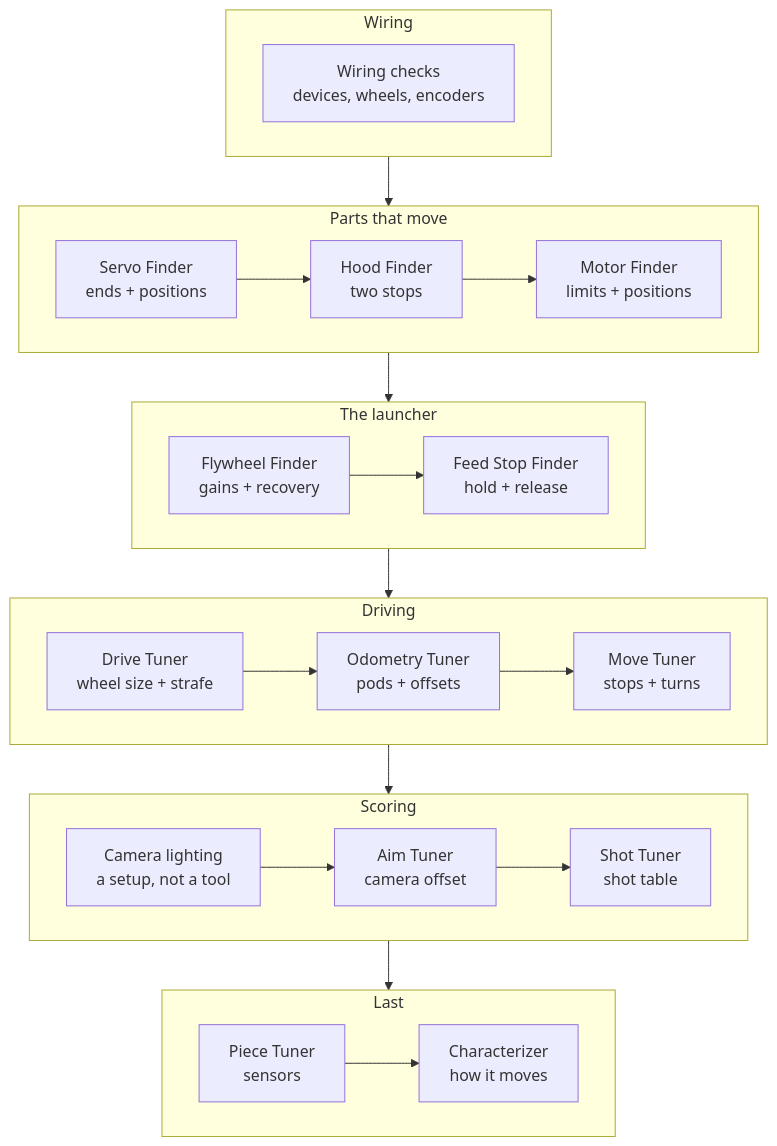
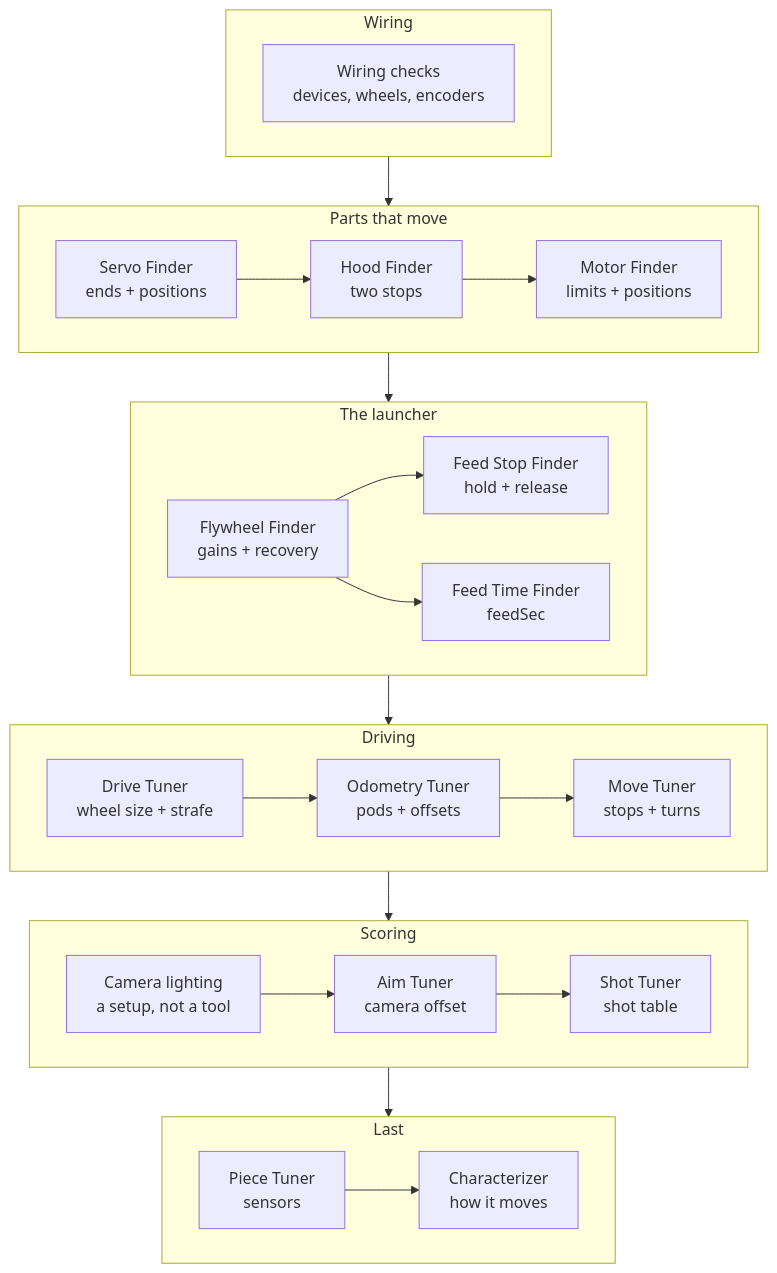
Before and after one commit to crossbotics/ftc-helper-lib: the diagram in docs/tuning/README.md, drawn with Mermaid. The commit also changed other lines of this file and 20 other files, not shown here.

First line of the commit message:
Feed Time Finder: time test shots to find feedSec

````diff
--- a/docs/tuning/README.md
+++ b/docs/tuning/README.md
@@ -14,27 +14,28 @@
 ```mermaid
 flowchart TB
     subgraph G1["Wiring"]
         H["Wiring checks<br/>devices, wheels, encoders"]
     end
     subgraph G2["Parts that move"]
         direction LR
         S["Servo Finder<br/>ends + positions"] --> HO["Hood Finder<br/>two stops"] --> M["Motor Finder<br/>limits + positions"]
     end
     subgraph G3["The launcher"]
         direction LR
         F["Flywheel Finder<br/>gains + recovery"] --> FS["Feed Stop Finder<br/>hold + release"]
+        F --> FT["Feed Time Finder<br/>feedSec"]
     end
     subgraph G4["Driving"]
         direction LR
         D["Drive Tuner<br/>wheel size + strafe"] --> O["Odometry Tuner<br/>pods + offsets"] --> MV["Move Tuner<br/>stops + turns"]
     end
     subgraph G5["Scoring"]
         direction LR
         L["Camera lighting<br/>a setup, not a tool"] --> A["Aim Tuner<br/>camera offset"] --> T["Shot Tuner<br/>shot table"]
     end
     subgraph G6["Last"]
         direction LR
         P["Piece Tuner<br/>sensors"] --> C["Characterizer<br/>how it moves"]
     end
     G1 --> G2 --> G3 --> G4 --> G5 --> G6
 ```
````
